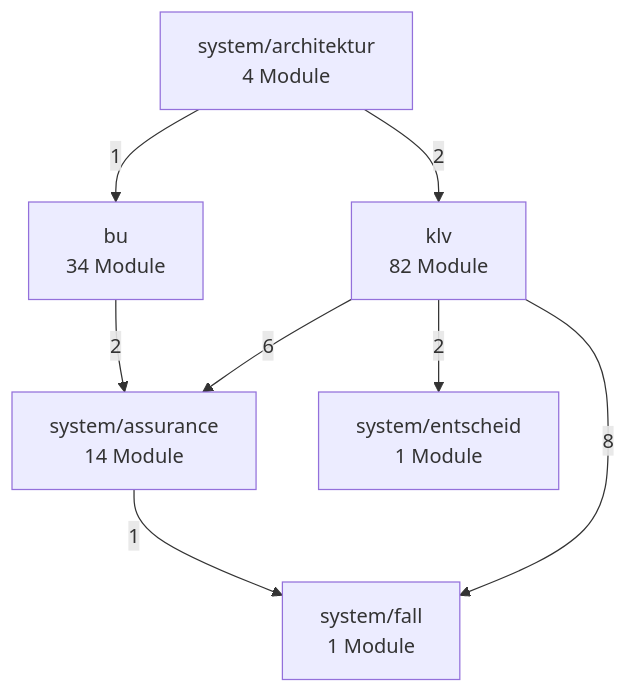
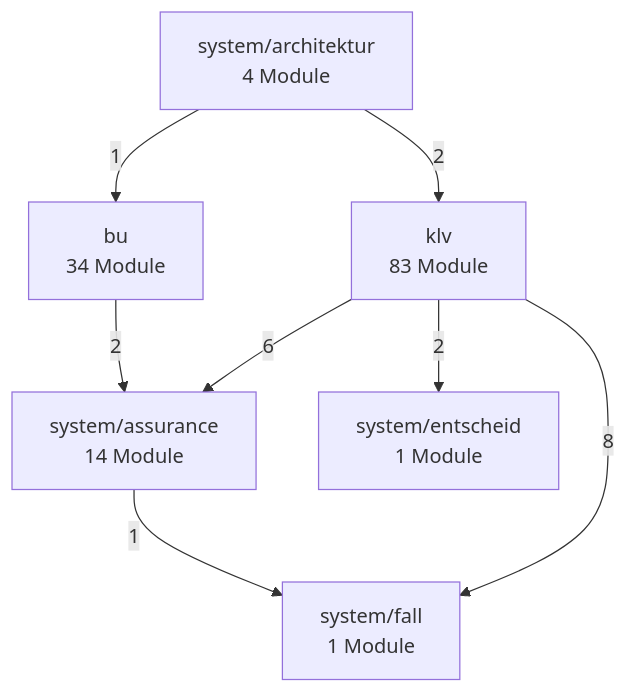
Before and after one commit to bartlmac/rechner-pipeline: the second of 3 diagrams in docs/architektur/landkarte.md, drawn with Mermaid. The commit also changed other lines of this file and 24 other files, not shown here.

````diff
--- a/docs/architektur/landkarte.md
+++ b/docs/architektur/landkarte.md
@@ -78,17 +78,17 @@
 ```mermaid
 %% Fachknoten — erzeugt von ontologie.landkarte
 flowchart TD
     bu["bu<br/>34 Module"]
-    klv["klv<br/>82 Module"]
+    klv["klv<br/>83 Module"]
     system_architektur["system/architektur<br/>4 Module"]
     system_assurance["system/assurance<br/>14 Module"]
     system_entscheid["system/entscheid<br/>1 Module"]
     system_fall["system/fall<br/>1 Module"]
     bu -- 2 --> system_assurance
     klv -- 6 --> system_assurance
     klv -- 2 --> system_entscheid
     klv -- 8 --> system_fall
     system_architektur -- 1 --> bu
     system_architektur -- 2 --> klv
     system_assurance -- 1 --> system_fall
 ```
````
